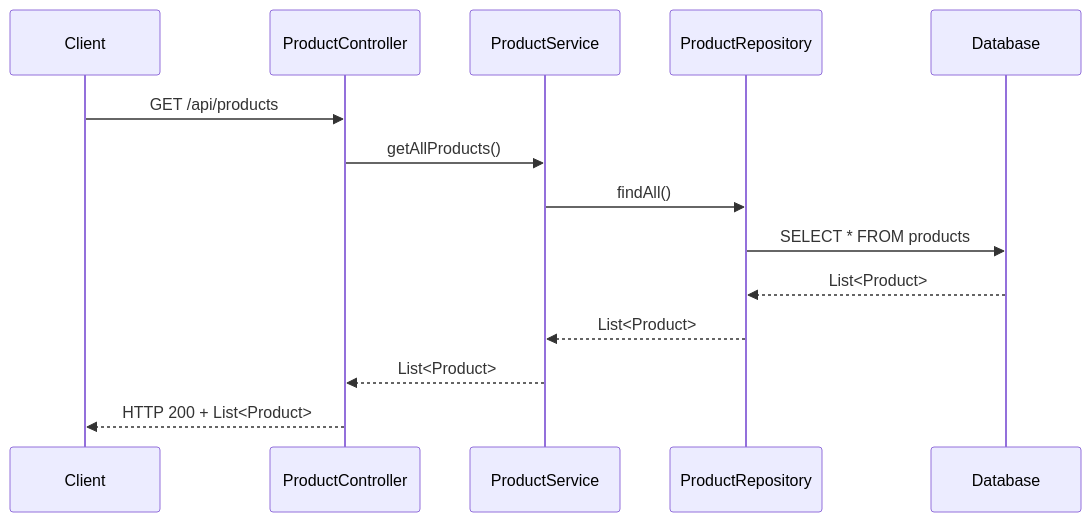
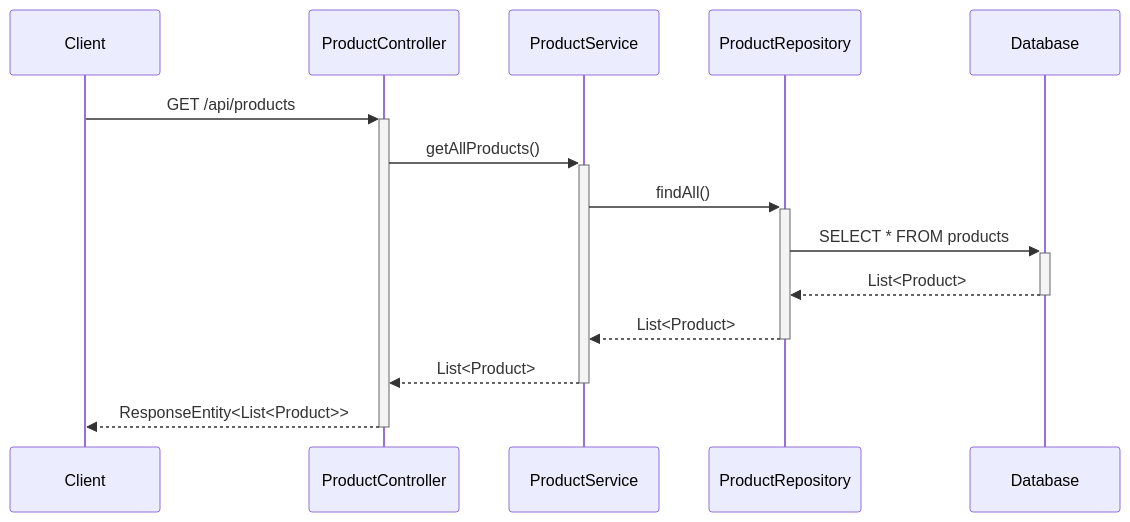
Before and after one commit to NavneetBN47/aava-ecom-demo: the third of 9 diagrams in docs/LLD/lld.md, drawn with Mermaid. The commit also changed other lines of this file, not shown here.

````diff
--- a/docs/LLD/lld.md
+++ b/docs/LLD/lld.md
@@ -142,17 +101,17 @@
 ```mermaid
 sequenceDiagram
     participant Client
     participant ProductController
     participant ProductService
     participant ProductRepository
     participant Database
     
-    Client->>ProductController: GET /api/products
-    ProductController->>ProductService: getAllProducts()
-    ProductService->>ProductRepository: findAll()
-    ProductRepository->>Database: SELECT * FROM products
-    Database-->>ProductRepository: List<Product>
-    ProductRepository-->>ProductService: List<Product>
-    ProductService-->>ProductController: List<Product>
-    ProductController-->>Client: HTTP 200 + List<Product>
+    Client->>+ProductController: GET /api/products
+    ProductController->>+ProductService: getAllProducts()
+    ProductService->>+ProductRepository: findAll()
+    ProductRepository->>+Database: SELECT * FROM products
+    Database-->>-ProductRepository: List<Product>
+    ProductRepository-->>-ProductService: List<Product>
+    ProductService-->>-ProductController: List<Product>
+    ProductController-->>-Client: ResponseEntity<List<Product>>
 ```
````
